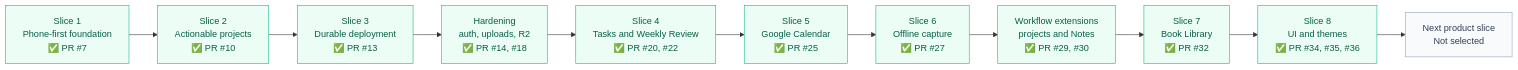
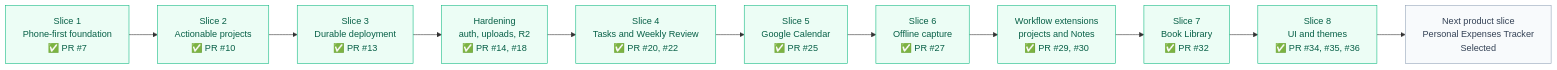
One commit to teravyte18/personal-control-center changed the diagram in docs/roadmap.md. Above: the diagram before and after it, drawn with Mermaid. The commit also changed other lines of this file, not shown here.

Commit message:
docs: select personal expenses tracker as next slice

````diff
--- a/docs/roadmap.md
+++ b/docs/roadmap.md
@@ -7,21 +7,21 @@
 ```mermaid
 graph LR
     S1["Slice 1<br/>Phone-first foundation<br/>✅ PR #7"]
     S2["Slice 2<br/>Actionable projects<br/>✅ PR #10"]
     S3["Slice 3<br/>Durable deployment<br/>✅ PR #13"]
     HARDEN["Hardening<br/>auth, uploads, R2<br/>✅ PR #14, #18"]
     S4["Slice 4<br/>Tasks and Weekly Review<br/>✅ PR #20, #22"]
     S5["Slice 5<br/>Google Calendar<br/>✅ PR #25"]
     S6["Slice 6<br/>Offline capture<br/>✅ PR #27"]
     EXT["Workflow extensions<br/>projects and Notes<br/>✅ PR #29, #30"]
     S7["Slice 7<br/>Book Library<br/>✅ PR #32"]
     S8["Slice 8<br/>UI and themes<br/>✅ PR #34, #35, #36"]
-    NEXT["Next product slice<br/>Not selected"]
+    NEXT["Next product slice<br/>Personal Expenses Tracker<br/>Selected"]
 
     S1 --> S2 --> S3 --> HARDEN --> S4 --> S5 --> S6 --> EXT --> S7 --> S8 --> NEXT
 
     classDef done fill:#ecfdf5,stroke:#10b981,color:#065f46;
     classDef pending fill:#f8fafc,stroke:#94a3b8,color:#334155;
     class S1,S2,S3,HARDEN,S4,S5,S6,EXT,S7,S8 done;
     class NEXT pending;
 ```
````
